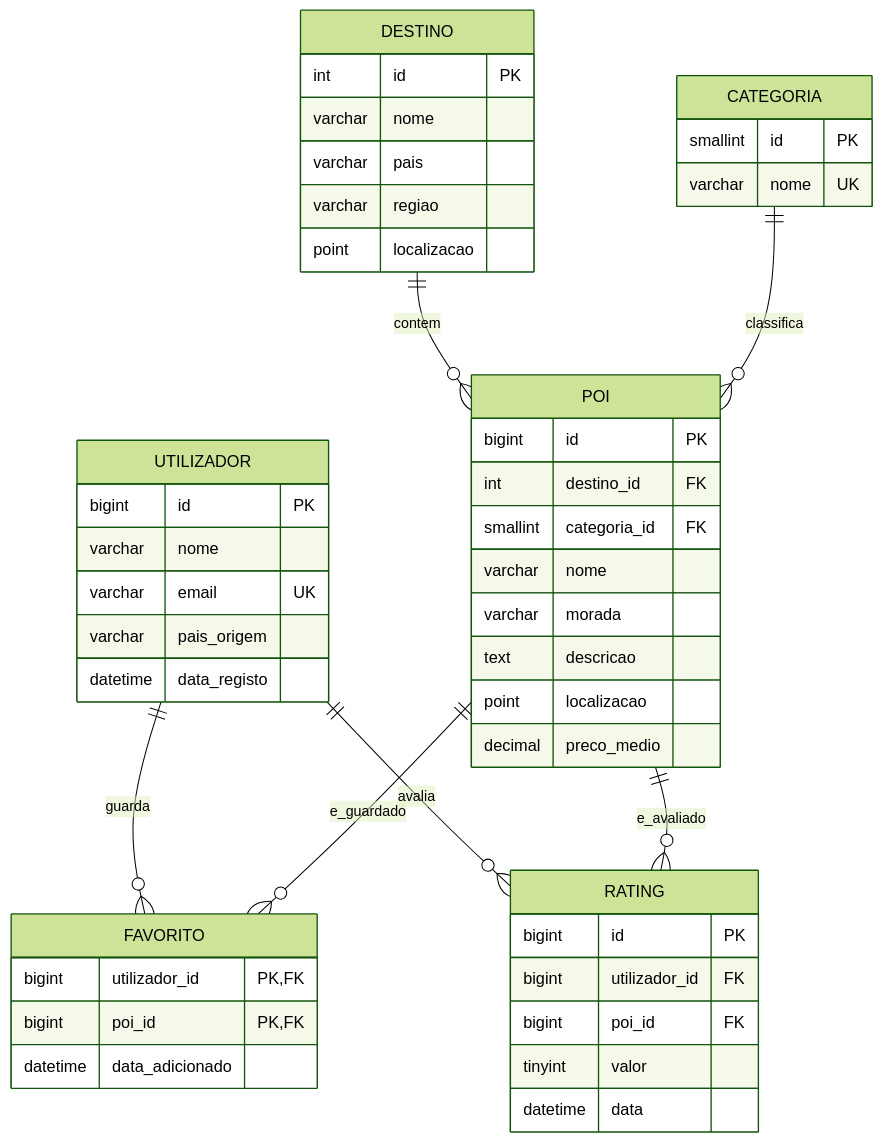
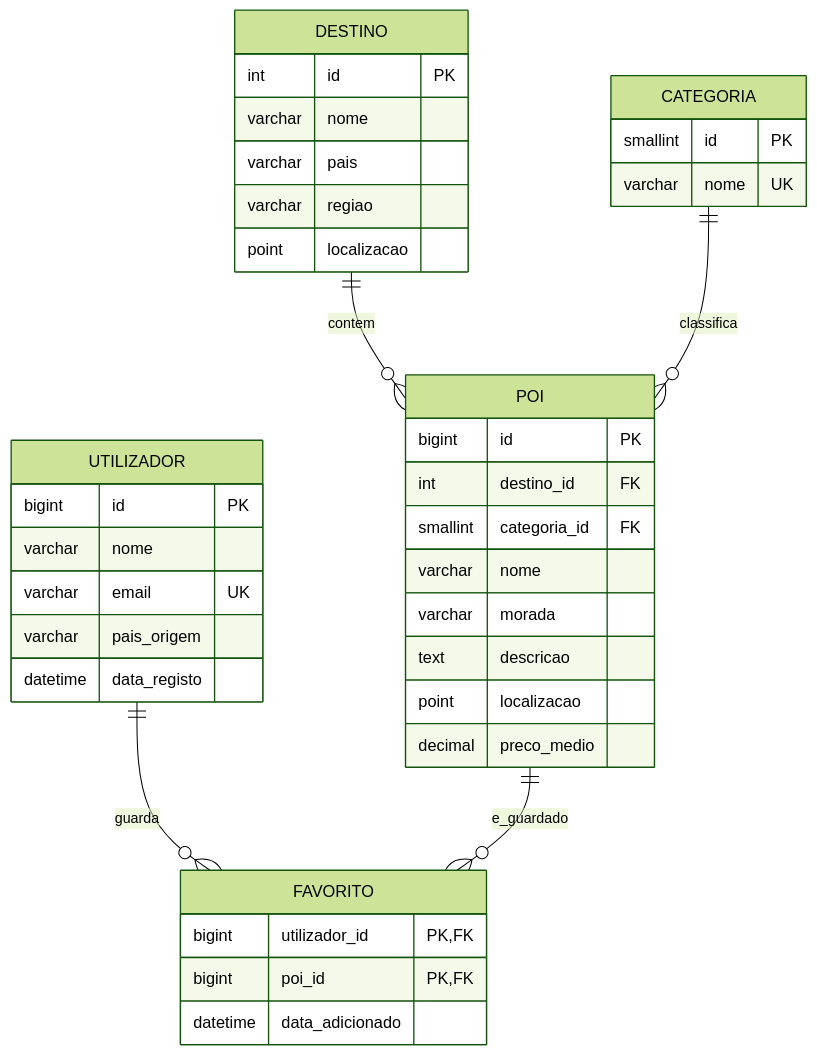
One commit to 1231478-Ellah-Fleischmann/Class-M1A_Group-10-TABDD changed the diagram in docs/parte1/mysql_er.md. Above: the diagram before and after it, drawn with Mermaid (forest theme). The commit also changed 4 other files, not shown here.

````diff
--- a/docs/parte1/mysql_er.md
+++ b/docs/parte1/mysql_er.md
@@ -3,50 +3,41 @@
 ```mermaid
 erDiagram
   DESTINO    ||--o{ POI       : contem
   CATEGORIA  ||--o{ POI       : classifica
   UTILIZADOR ||--o{ FAVORITO  : guarda
   POI        ||--o{ FAVORITO  : e_guardado
-  UTILIZADOR ||--o{ RATING    : avalia
-  POI        ||--o{ RATING    : e_avaliado
 
   UTILIZADOR {
     bigint id PK
     varchar nome
     varchar email UK
     varchar pais_origem
     datetime data_registo
   }
   DESTINO {
     int id PK
     varchar nome
     varchar pais
     varchar regiao
     point localizacao
   }
   CATEGORIA {
     smallint id PK
     varchar nome UK
   }
   POI {
     bigint id PK
     int destino_id FK
     smallint categoria_id FK
     varchar nome
     varchar morada
     text descricao
     point localizacao
     decimal preco_medio
   }
   FAVORITO {
     bigint utilizador_id PK, FK
     bigint poi_id PK, FK
     datetime data_adicionado
   }
-  RATING {
-    bigint id PK
-    bigint utilizador_id FK
-    bigint poi_id FK
-    tinyint valor
-    datetime data
-  }
 ```
````
